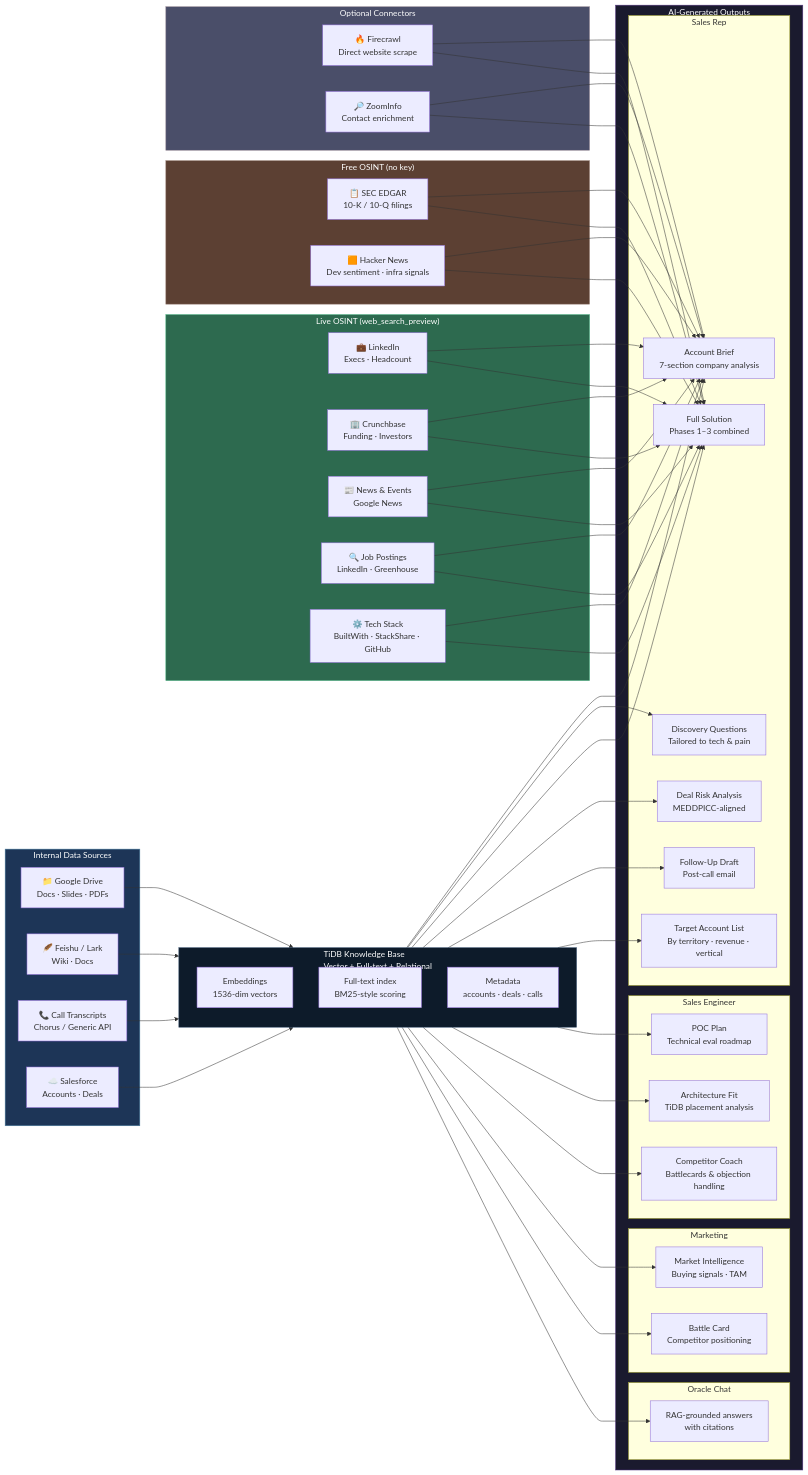
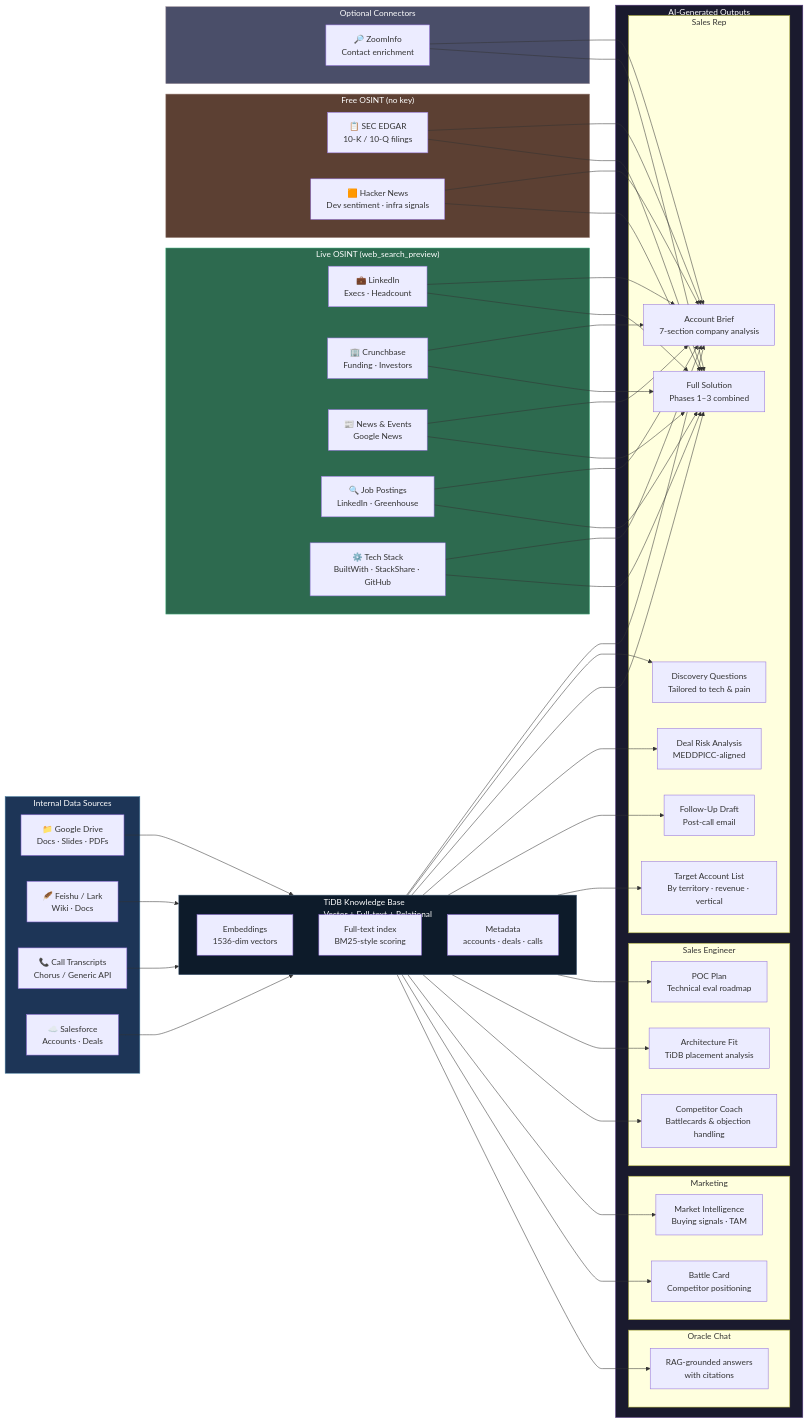
One commit to stephenlthorn/gtm-copilot-oss changed the first of 11 diagrams in README.md. Above: the diagram before and after it, drawn with Mermaid. The commit also changed other lines of this file, not shown here.

First line of the commit message:
docs: update README - remove Firecrawl, fix oracle mode, update model names

````diff
--- a/README.md
+++ b/README.md
@@ -13,73 +13,72 @@
 ```mermaid
 flowchart LR
     subgraph internal["Internal Data Sources"]
         GD["📁 Google Drive\nDocs · Slides · PDFs"]
         FS["🪶 Feishu / Lark\nWiki · Docs"]
         CT["📞 Call Transcripts\nChorus / Generic API"]
         SF["☁️ Salesforce\nAccounts · Deals"]
     end
 
     subgraph osint["Live OSINT (web_search_preview)"]
         LI["💼 LinkedIn\nExecs · Headcount"]
         CB["🏢 Crunchbase\nFunding · Investors"]
         NW["📰 News & Events\nGoogle News"]
         JP["🔍 Job Postings\nLinkedIn · Greenhouse"]
         TS["⚙️ Tech Stack\nBuiltWith · StackShare · GitHub"]
     end
 
     subgraph free_osint["Free OSINT (no key)"]
         ED["📋 SEC EDGAR\n10-K / 10-Q filings"]
         HN["🟧 Hacker News\nDev sentiment · infra signals"]
     end
 
     subgraph optional["Optional Connectors"]
-        FC["🔥 Firecrawl\nDirect website scrape"]
         ZI["🔎 ZoomInfo\nContact enrichment"]
     end
 
     subgraph kb["TiDB Knowledge Base\nVector + Full-text + Relational"]
         VEC["Embeddings\n1536-dim vectors"]
         FT["Full-text index\nBM25-style scoring"]
         META["Metadata\naccounts · deals · calls"]
     end
 
     subgraph outputs["AI-Generated Outputs"]
         subgraph rep_out["Sales Rep"]
             AB["Account Brief\n7-section company analysis"]
             DQ["Discovery Questions\nTailored to tech & pain"]
             FS2["Full Solution\nPhases 1–3 combined"]
             DR["Deal Risk Analysis\nMEDDPICC-aligned"]
             FD["Follow-Up Draft\nPost-call email"]
             TAL["Target Account List\nBy territory · revenue · vertical"]
         end
         subgraph se_out["Sales Engineer"]
             PP["POC Plan\nTechnical eval roadmap"]
             AF["Architecture Fit\nTiDB placement analysis"]
             CC["Competitor Coach\nBattlecards & objection handling"]
         end
         subgraph mkt_out["Marketing"]
             MI["Market Intelligence\nBuying signals · TAM"]
             BC["Battle Card\nCompetitor positioning"]
         end
         subgraph chat_out["Oracle Chat"]
             OC["RAG-grounded answers\nwith citations"]
         end
     end
 
     GD & FS & CT & SF --> kb
     LI & CB & NW & JP & TS --> AB & FS2
     ED & HN --> AB & FS2
-    FC & ZI --> AB & FS2
+    ZI --> AB & FS2
 
     kb --> AB & DQ & FS2 & DR & FD & TAL
     kb --> PP & AF & CC
     kb --> MI & BC
     kb --> OC
 
     style internal fill:#1d3557,stroke:#457b9d,color:#fff
     style osint fill:#2d6a4f,stroke:#52b788,color:#fff
     style free_osint fill:#5c4033,stroke:#a1887f,color:#fff
     style optional fill:#4a4e69,stroke:#9a8c98,color:#fff
     style kb fill:#0d1b2a,stroke:#415a77,color:#fff
     style outputs fill:#1a1a2e,stroke:#533483,color:#fff
 ```
````
